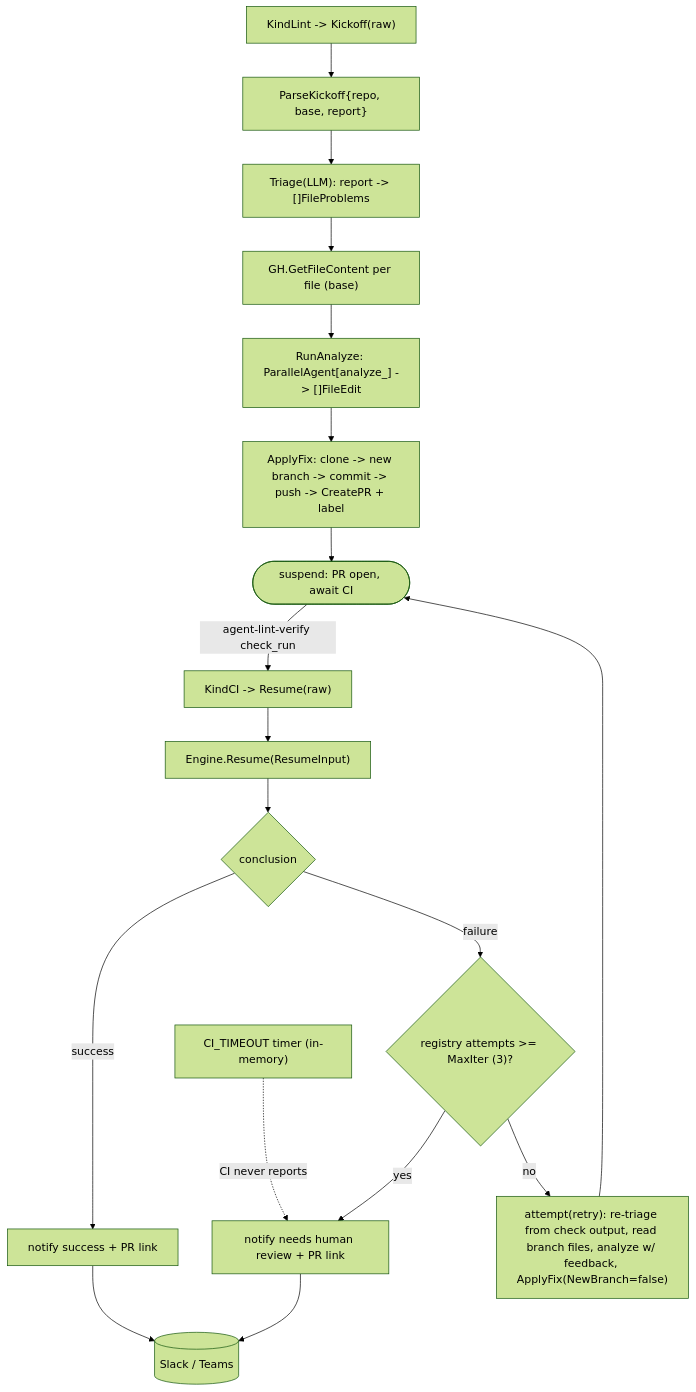
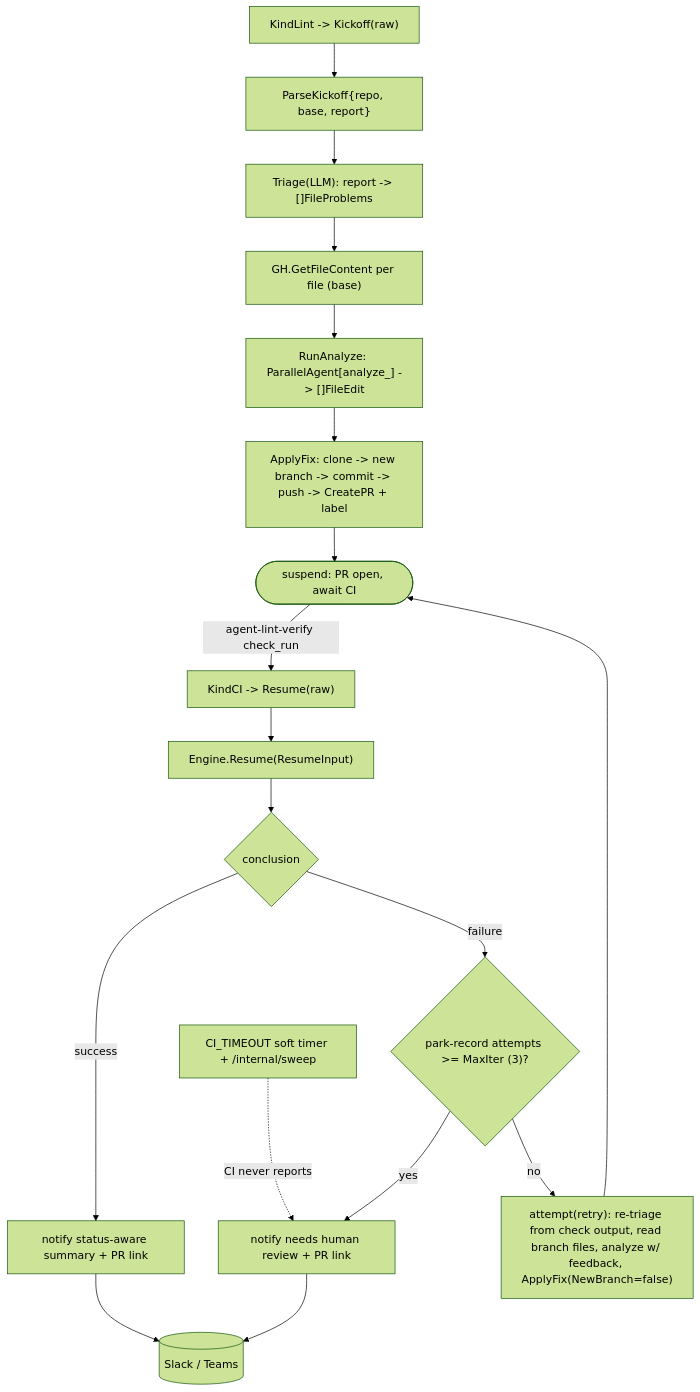
Before and after one commit to jkjamies/automation-agent: the diagram in go/internal/agent/lintfixer/AGENTS.md, drawn with Mermaid (forest theme). The commit also changed other lines of this file and 88 other files, not shown here.

````diff
--- a/go/internal/agent/lintfixer/AGENTS.md
+++ b/go/internal/agent/lintfixer/AGENTS.md
@@ -13,21 +15,21 @@
 ```mermaid
 flowchart TD
     K["KindLint -> Kickoff(raw)"] --> KP["ParseKickoff{repo, base, report}"]
     KP --> T["Triage(LLM): report -> []FileProblems"]
     T --> FF["GH.GetFileContent per file (base)"]
     FF --> AN["RunAnalyze: ParallelAgent[analyze_<file>] -> []FileEdit"]
     AN --> AF["ApplyFix: clone -> new branch -> commit -> push -> CreatePR + label"]
     AF --> SUS(["suspend: PR open, await CI"])
 
     SUS -->|"agent-lint-verify check_run"| CI["KindCI -> Resume(raw)"]
-    TO["CI_TIMEOUT timer (in-memory)"] -.->|"CI never reports"| HR
+    TO["CI_TIMEOUT soft timer + /internal/sweep"] -.->|"CI never reports"| HR
     CI --> RH["Engine.Resume(ResumeInput)"]
     RH --> C{conclusion}
-    C -->|success| OK["notify success + PR link"]
-    C -->|failure| AT{"registry attempts >= MaxIter (3)?"}
+    C -->|success| OK["notify status-aware summary + PR link"]
+    C -->|failure| AT{"park-record attempts >= MaxIter (3)?"}
     AT -->|yes| HR["notify needs human review + PR link"]
     AT -->|no| RT["attempt(retry): re-triage from check output, read branch files, analyze w/ feedback, ApplyFix(NewBranch=false)"]
     RT --> SUS
     OK --> Chat[("Slack / Teams")]
     HR --> Chat
 ```
````
